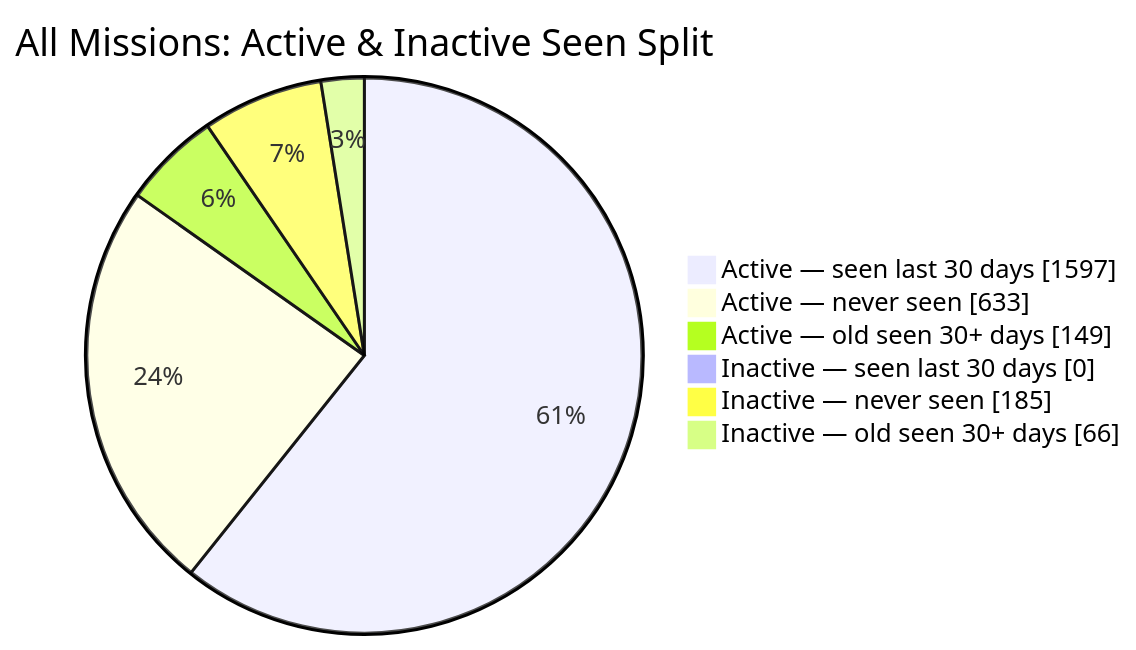
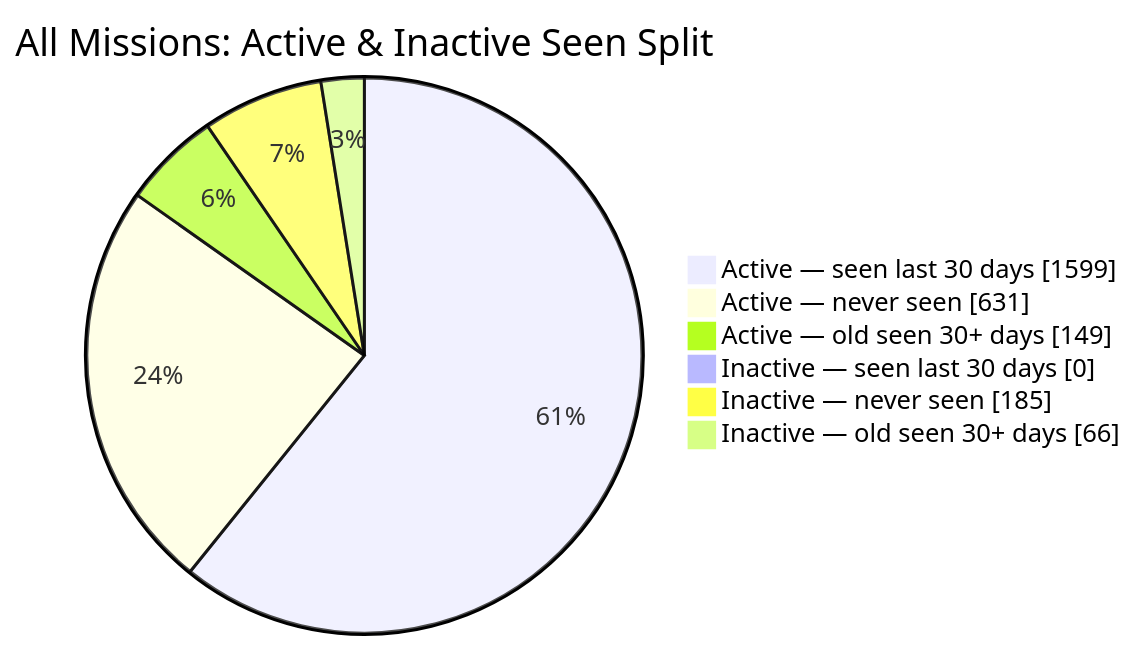
One commit to MeldkamerspelGameTeam/active-missions changed the second of 2 diagrams in README.md. Above: the diagram before and after it, drawn with Mermaid. The commit also changed other lines of this file and 3 other files, not shown here.

````diff
--- a/README.md
+++ b/README.md
@@ -44,10 +44,10 @@
 ```mermaid
 pie showData
     title All Missions: Active & Inactive Seen Split
-    "Active — seen last 30 days" : 1597
-    "Active — never seen" : 633
+    "Active — seen last 30 days" : 1599
+    "Active — never seen" : 631
     "Active — old seen 30+ days" : 149
     "Inactive — seen last 30 days" : 0
     "Inactive — never seen" : 185
     "Inactive — old seen 30+ days" : 66
 ```
````
